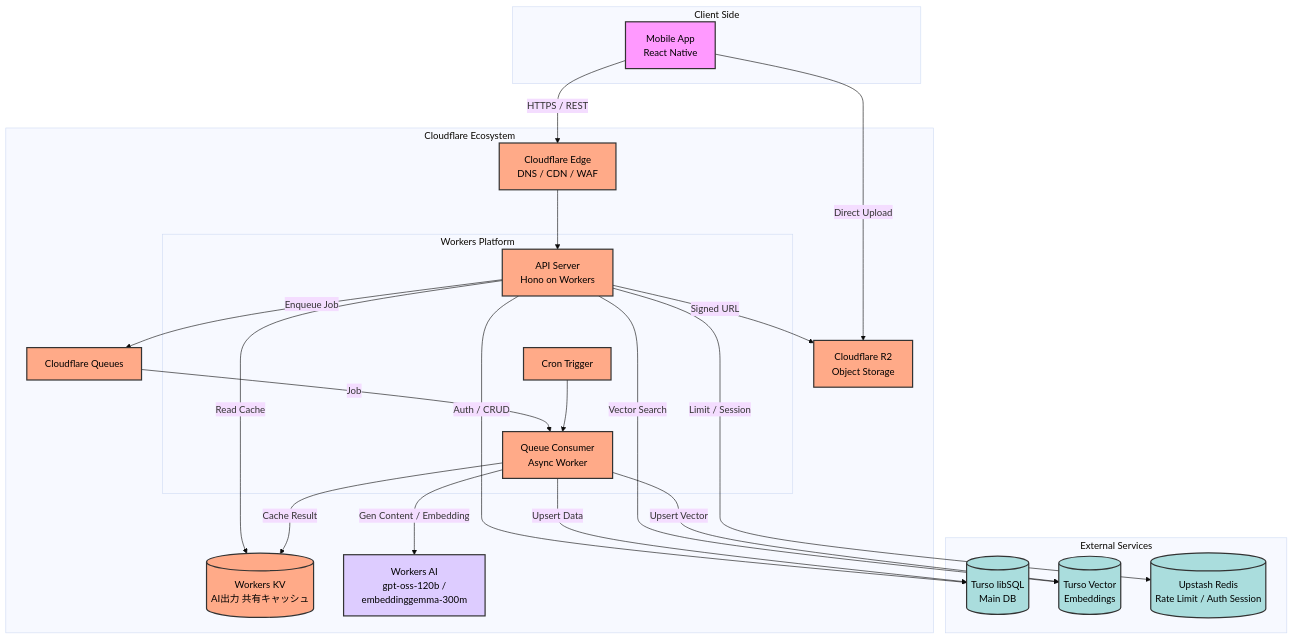
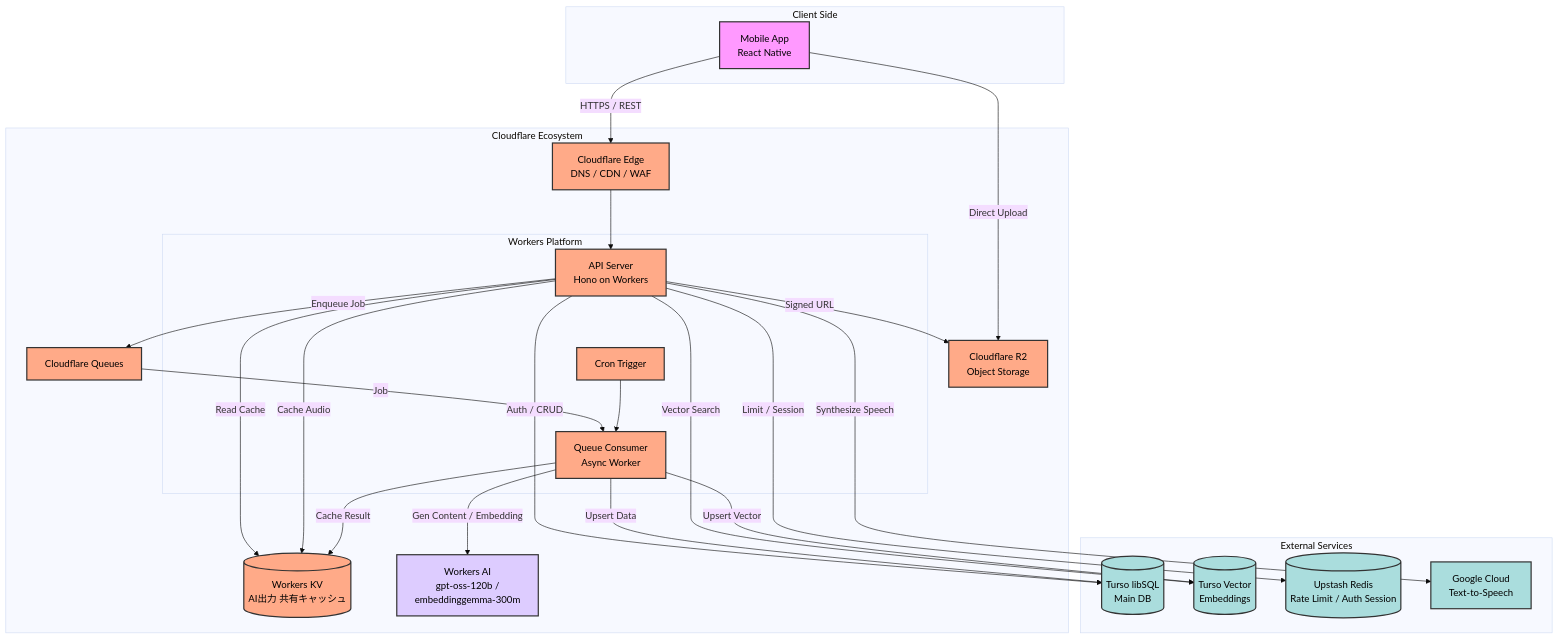
One commit to hudeato-me/hudeato changed the diagram in docs/infra-architecture.md. Above: the diagram before and after it, drawn with Mermaid (base theme). The commit also changed 9 other files, not shown here.

````diff
--- a/docs/infra-architecture.md
+++ b/docs/infra-architecture.md
@@ -1,57 +1,60 @@
 ```mermaid
 graph TB
     %% スタイル定義
     classDef client fill:#f9f,stroke:#333,stroke-width:2px,color:black;
     classDef cf fill:#fa8,stroke:#333,stroke-width:2px,color:black;
     classDef ext fill:#add,stroke:#333,stroke-width:2px,color:black;
     classDef ai fill:#dcf,stroke:#333,stroke-width:2px,color:black;
 
     %% クライアント
     subgraph Client [Client Side]
         Mobile[Mobile App<br/>React Native]:::client
     end
 
     %% Cloudflare エコシステム
     subgraph Cloudflare [Cloudflare Ecosystem]
         Edge[Cloudflare Edge<br/>DNS / CDN / WAF]:::cf
 
         subgraph Workers [Workers Platform]
             API[API Server<br/>Hono on Workers]:::cf
             Consumer[Queue Consumer<br/>Async Worker]:::cf
             Cron[Cron Trigger]:::cf
         end
 
         Queue[Cloudflare Queues]:::cf
         R2[Cloudflare R2<br/>Object Storage]:::cf
         KV[(Workers KV<br/>AI出力 共有キャッシュ)]:::cf
         WorkersAI[Workers AI<br/>gpt-oss-120b /<br/>embeddinggemma-300m]:::ai
     end
 
     %% 外部サービス
     subgraph External [External Services]
         DB[(Turso libSQL<br/>Main DB)]:::ext
         Vector[(Turso Vector<br/>Embeddings)]:::ext
         Redis[(Upstash Redis<br/>Rate Limit / Auth Session)]:::ext
+        TTS[Google Cloud<br/>Text-to-Speech]:::ext
     end
 
     %% 接続線
     Mobile -->|HTTPS / REST| Edge
     Mobile -->|Direct Upload| R2
     Edge --> API
 
     %% APIの責務
     API -->|Auth / CRUD| DB
     API -->|Vector Search| Vector
     API -->|Limit / Session| Redis
     API -->|Read Cache| KV
     API -->|Signed URL| R2
     API -->|Enqueue Job| Queue
+    API -->|Synthesize Speech| TTS
+    API -->|Cache Audio| KV
 
     %% 非同期ワーカーの責務
     Queue --> |Job| Consumer
     Cron --> Consumer
     Consumer -->|Gen Content / Embedding| WorkersAI
     Consumer -->|Upsert Data| DB
     Consumer -->|Upsert Vector| Vector
     Consumer -->|Cache Result| KV
 ```
````
